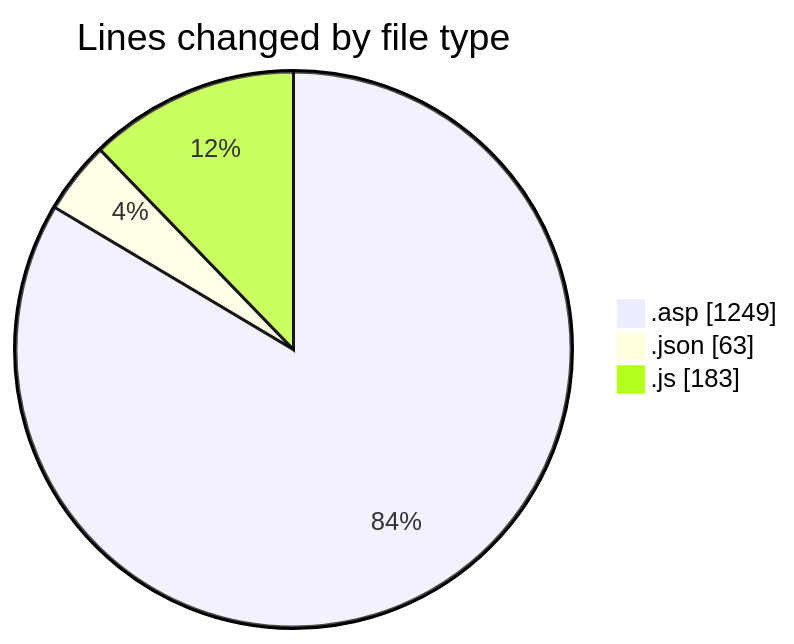
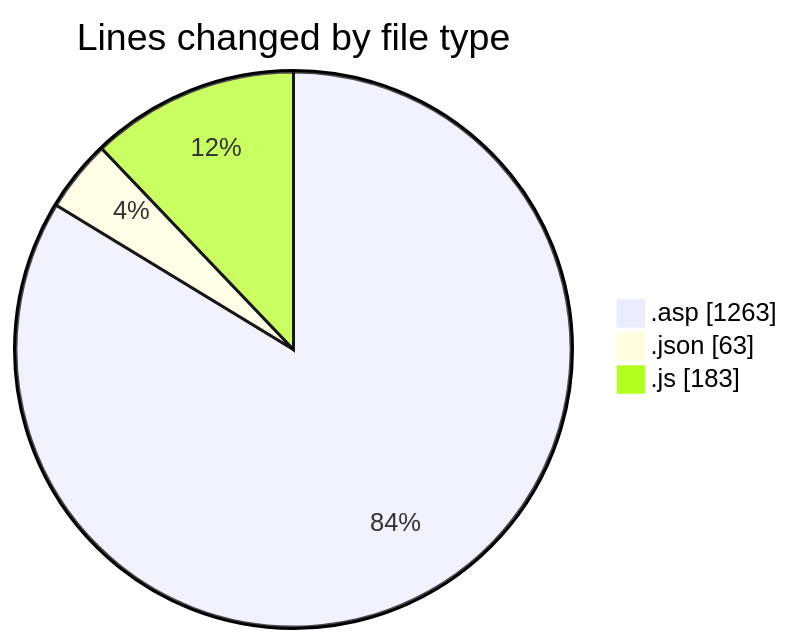
One commit to julien-gomy/code-tracking changed the first of 2 diagrams in 2025-10-20/usr_aleoudev_fr__workspace_/README.md. Above: the diagram before and after it, drawn with Mermaid. The commit also changed other lines of this file and 1 other file, not shown here.

````diff
--- a/2025-10-20/usr_aleoudev_fr__workspace_/README.md
+++ b/2025-10-20/usr_aleoudev_fr__workspace_/README.md
@@ -24,7 +24,7 @@
 ```mermaid
 pie showData
 title Lines changed by file type
-".asp" : 1249
+".asp" : 1263
 ".json" : 63
 ".js" : 183
 ```
````
